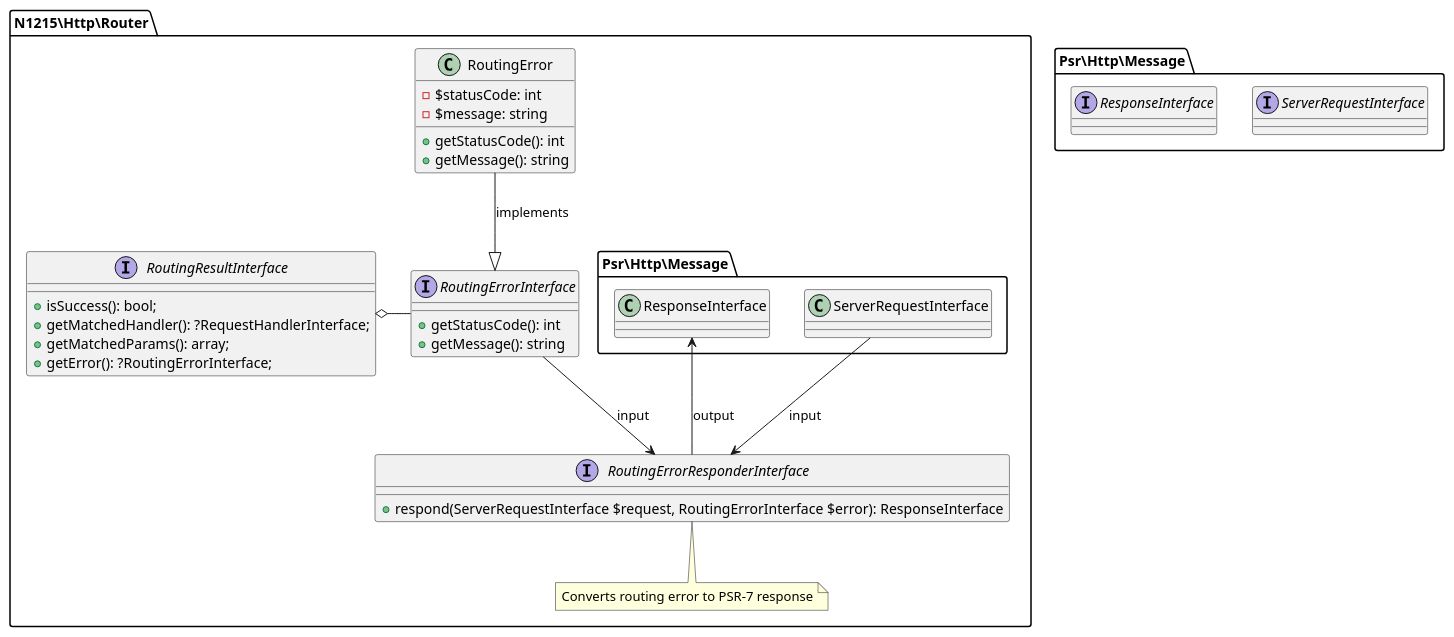
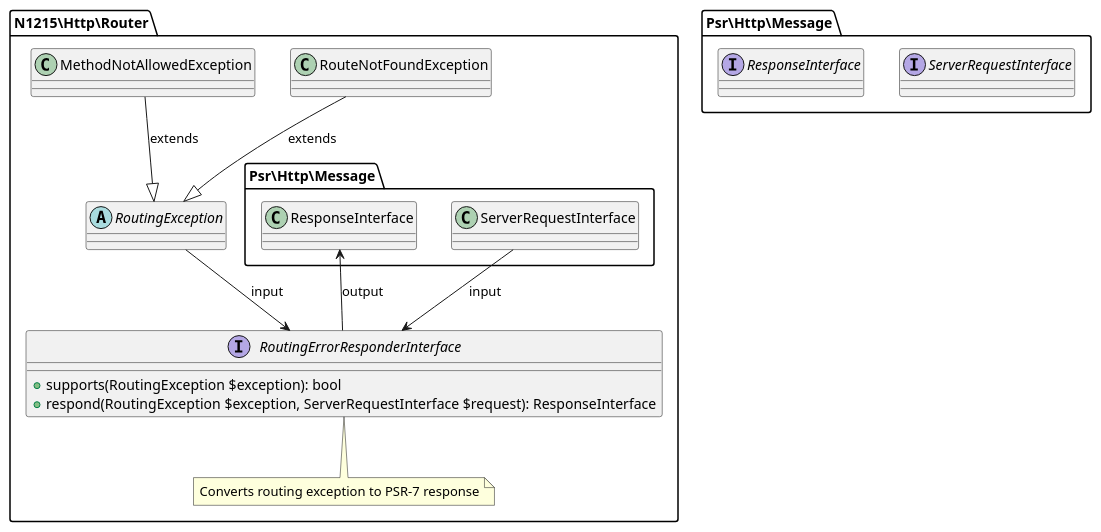
The diagram in doc/routing-error.puml (n1215/http-router), drawn with PlantUML before and after one commit. The commit also changed 30 other files, not shown here.

Commit message:
represents routing failures by exceptions instead of failure result objects.

```diff
--- a/doc/routing-error.puml
+++ b/doc/routing-error.puml
@@ -1,44 +1,33 @@
 @startuml
 
 package N1215\Http\Router {
 
-    interface RoutingErrorInterface {
-        + getStatusCode(): int
-        + getMessage(): string
+    abstract class RoutingException {
     }
 
-    class RoutingError {
-        - $statusCode: int
-        - $message: string
-        + getStatusCode(): int
-        + getMessage(): string
+    class RouteNotFoundException {
     }
 
-    interface RoutingResultInterface {
-        + isSuccess(): bool;
-        + getMatchedHandler(): ?RequestHandlerInterface;
-        + getMatchedParams(): array;
-        + getError(): ?RoutingErrorInterface;
+    class MethodNotAllowedException {
     }
 
     interface RoutingErrorResponderInterface {
-        + respond(ServerRequestInterface $request, RoutingErrorInterface $error): ResponseInterface
+        + supports(RoutingException $exception): bool
+        + respond(RoutingException $exception, ServerRequestInterface $request): ResponseInterface
     }
-    note bottom of RoutingErrorResponderInterface: Converts routing error to PSR-7 response
+    note bottom of RoutingErrorResponderInterface: Converts routing exception to PSR-7 response
 
-    RoutingResultInterface o- RoutingErrorInterface
-
-    RoutingErrorInterface --> RoutingErrorResponderInterface: input
+    RoutingException --> RoutingErrorResponderInterface: input
     Psr\Http\Message.ServerRequestInterface --> RoutingErrorResponderInterface: input
     RoutingErrorResponderInterface --> Psr\Http\Message.ResponseInterface: output
 
-    RoutingError --|> RoutingErrorInterface: implements
-
+    RouteNotFoundException --|> RoutingException: extends
+    MethodNotAllowedException --|> RoutingException: extends
 }
 
 namespace Psr\Http\Message {
     interface ServerRequestInterface
     interface ResponseInterface
 }
 
 @enduml
```
